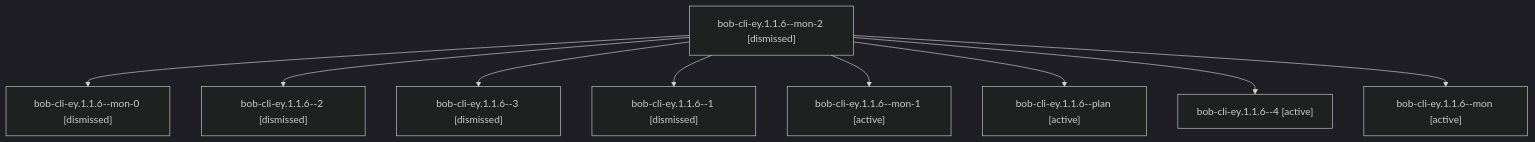
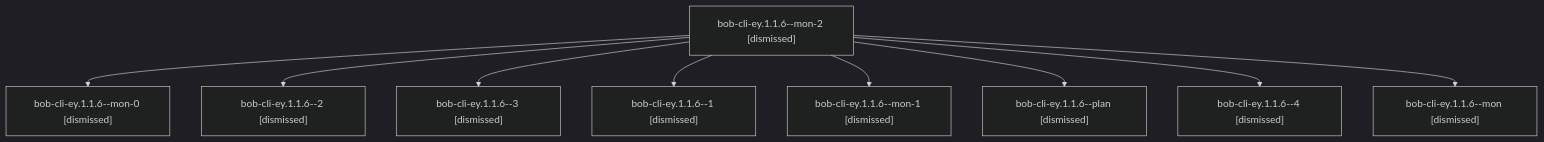
One commit to bobs-org/bob-cli--agents changed the diagram in sessions/bbugyi200.apollo.bob-cli-ey.1.1.6.md. Above: the diagram before and after it, drawn with Mermaid (dark theme). The commit also changed other lines of this file and 240 other files, not shown here.

````diff
--- a/sessions/bbugyi200.apollo.bob-cli-ey.1.1.6.md
+++ b/sessions/bbugyi200.apollo.bob-cli-ey.1.1.6.md
@@ -9,20 +9,20 @@
 ```mermaid
 flowchart TD
   n0["bob-cli-ey.1.1.6--mon-2 [dismissed]"]
   n1["bob-cli-ey.1.1.6--mon-0 [dismissed]"]
   n0 --> n1
   n2["bob-cli-ey.1.1.6--2 [dismissed]"]
   n0 --> n2
   n3["bob-cli-ey.1.1.6--3 [dismissed]"]
   n0 --> n3
   n4["bob-cli-ey.1.1.6--1 [dismissed]"]
   n0 --> n4
-  n5["bob-cli-ey.1.1.6--mon-1 [active]"]
+  n5["bob-cli-ey.1.1.6--mon-1 [dismissed]"]
   n0 --> n5
-  n6["bob-cli-ey.1.1.6--plan [active]"]
+  n6["bob-cli-ey.1.1.6--plan [dismissed]"]
   n0 --> n6
-  n7["bob-cli-ey.1.1.6--4 [active]"]
+  n7["bob-cli-ey.1.1.6--4 [dismissed]"]
   n0 --> n7
-  n8["bob-cli-ey.1.1.6--mon [active]"]
+  n8["bob-cli-ey.1.1.6--mon [dismissed]"]
   n0 --> n8
 ```
````
